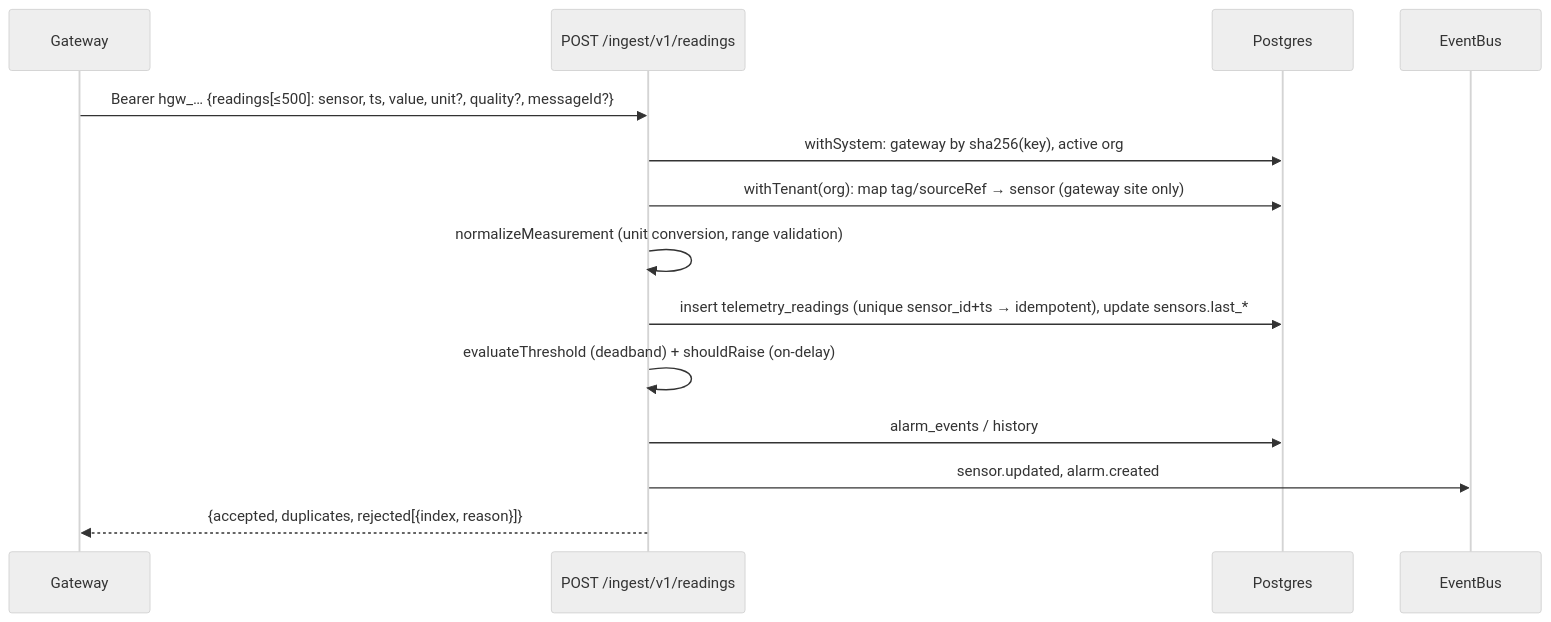
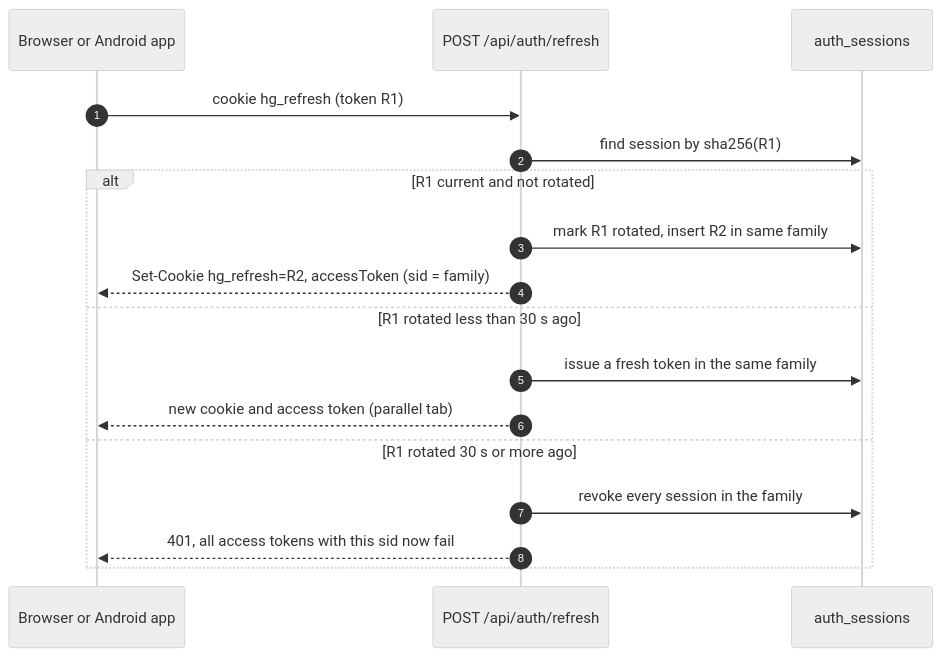
The seventh of 23 diagrams in docs/product/ARCHITECTURE.md (tarun-km/hydrisview), drawn with Mermaid (neutral theme) before and after one commit. The commit also changed other lines of this file and 78 other files, not shown here.

````diff
--- a/docs/product/ARCHITECTURE.md
+++ b/docs/product/ARCHITECTURE.md
@@ -63,16 +476,20 @@
 ```mermaid
+%% caption: User refresh rotation with family revocation (modules/auth.ts). The 30 s grace absorbs parallel tabs; a later replay is treated as theft.
 sequenceDiagram
-  participant GW as Gateway
-  participant API as POST /ingest/v1/readings
-  participant DB as Postgres
-  participant Bus as EventBus
-  GW->>API: Bearer hgw_… {readings[≤500]: sensor, ts, value, unit?, quality?, messageId?}
-  API->>DB: withSystem: gateway by sha256(key), active org
-  API->>DB: withTenant(org): map tag/sourceRef → sensor (gateway site only)
-  API->>API: normalizeMeasurement (unit conversion, range validation)
-  API->>DB: insert telemetry_readings (unique sensor_id+ts → idempotent), update sensors.last_*
-  API->>API: evaluateThreshold (deadband) + shouldRaise (on-delay)
-  API->>DB: alarm_events / history
-  API->>Bus: sensor.updated, alarm.created
-  API-->>GW: {accepted, duplicates, rejected[{index, reason}]}
+  autonumber
+  participant B as Browser or Android app
+  participant API as POST /api/auth/refresh
+  participant DB as auth_sessions
+  B->>API: cookie hg_refresh (token R1)
+  API->>DB: find session by sha256(R1)
+  alt R1 current and not rotated
+    API->>DB: mark R1 rotated, insert R2 in same family
+    API-->>B: Set-Cookie hg_refresh=R2, accessToken (sid = family)
+  else R1 rotated less than 30 s ago
+    API->>DB: issue a fresh token in the same family
+    API-->>B: new cookie and access token (parallel tab)
+  else R1 rotated 30 s or more ago
+    API->>DB: revoke every session in the family
+    API-->>B: 401, all access tokens with this sid now fail
+  end
 ```
````
